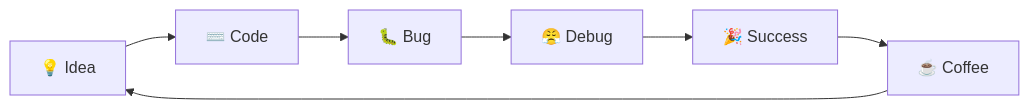
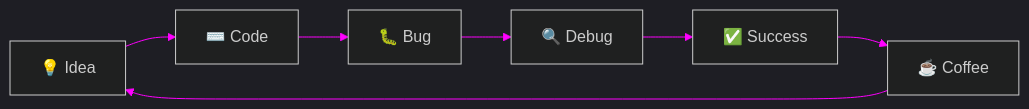
The diagram in README.md (q04ti/q04ti), drawn with Mermaid before and after one commit. The commit also changed other lines of this file, not shown here.

````diff
--- a/README.md
+++ b/README.md
@@ -129,9 +147,10 @@
 ```mermaid
-graph LR
+%%{init: {'theme': 'dark', 'themeVariables': { 'primaryColor': '#0d1117', 'primaryTextColor': '#00ff88', 'primaryBorderColor': '#00ff88', 'lineColor': '#ff00ff', 'secondaryColor': '#0d1117', 'tertiaryColor': '#0d1117'}}}%%
+flowchart LR
     A[💡 Idea] --> B[⌨️ Code]
     B --> C[🐛 Bug]
-    C --> D[😤 Debug]
-    D --> E[🎉 Success]
+    C --> D[🔍 Debug]
+    D --> E[✅ Success]
     E --> F[☕ Coffee]
     F --> A
 ```
````
